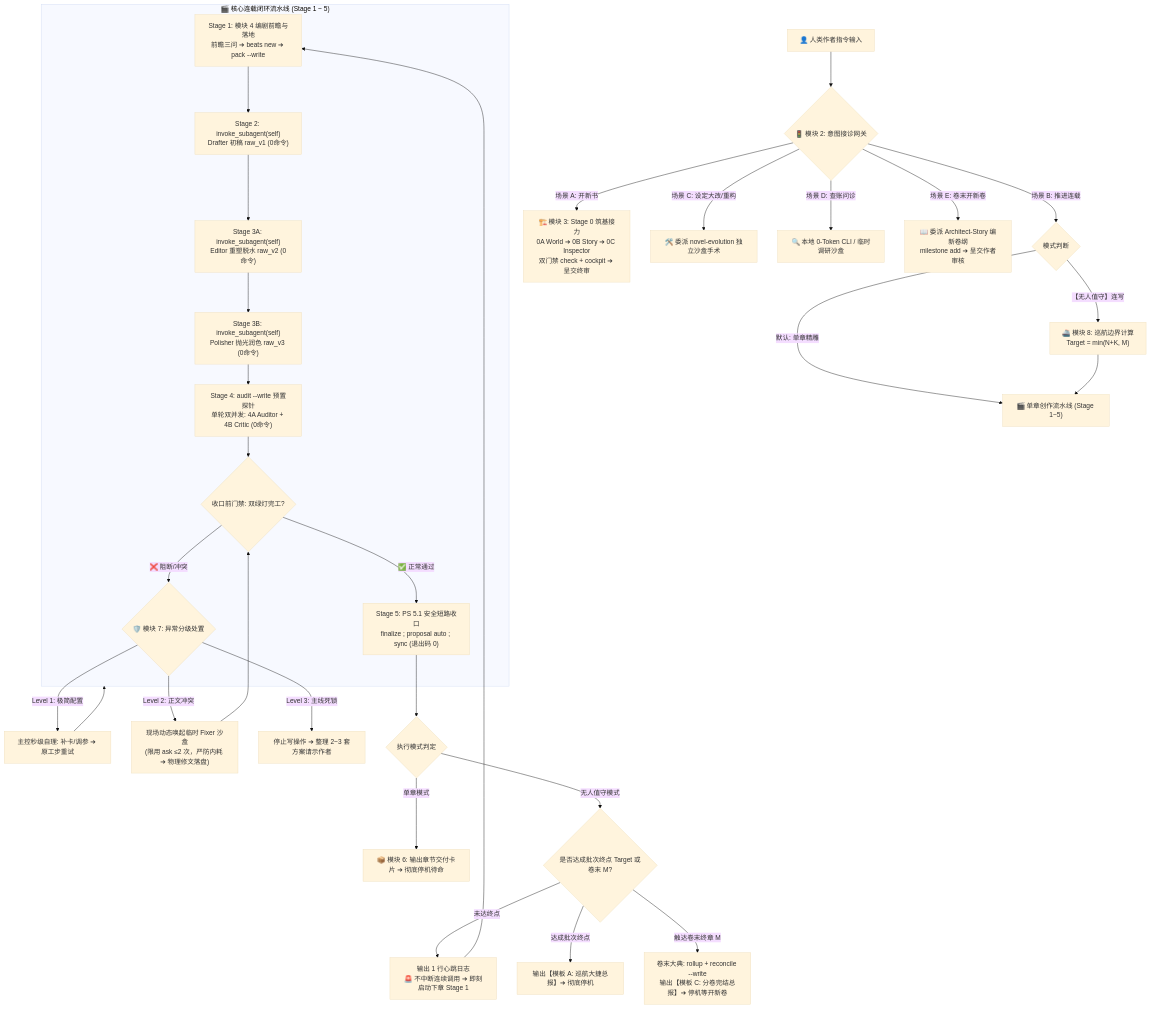
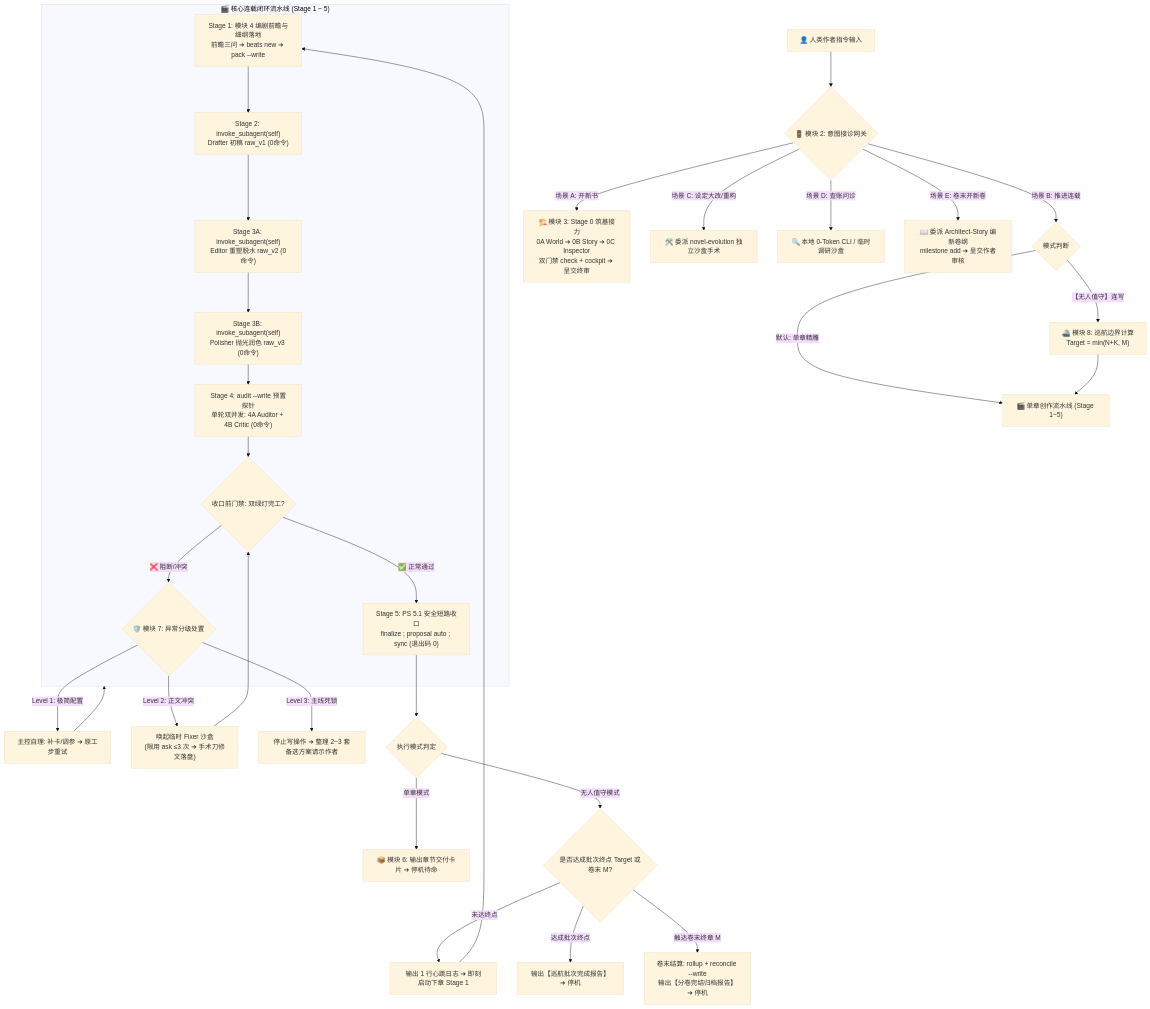
Before and after one commit to cg110902/NOVEL: the first of 2 diagrams in .agents/skills/director/SKILL.md, drawn with Mermaid (base theme). The commit also changed other lines of this file and 6 other files, not shown here.

````diff
--- a/.agents/skills/director/SKILL.md
+++ b/.agents/skills/director/SKILL.md
@@ -12,44 +10,44 @@
 ```mermaid
 flowchart TD
     User["👤 人类作者指令输入"] --> Gateway{"🚦 模块 2: 意图接诊网关"}
 
     %% 场景分支
     Gateway -->|场景 A: 开新书| S0["🏗️ 模块 3: Stage 0 筑基接力<br/>0A World ➔ 0B Story ➔ 0C Inspector<br/>双门禁 check + cockpit ➔ 呈交终审"]
     Gateway -->|场景 C: 设定大改/重构| SC["🛠️ 委派 novel-evolution 独立沙盒手术"]
     Gateway -->|场景 D: 查账问诊| SD["🔍 本地 0-Token CLI / 临时调研沙盒"]
     Gateway -->|场景 E: 卷末开新卷| SE["📖 委派 Architect-Story 编新卷纲<br/>milestone add ➔ 呈交作者审核"]
 
     %% 核心连载流水线 (场景 B)
     Gateway -->|场景 B: 推进连载| ModeJudge{"模式判断"}
     ModeJudge -->|默认: 单章精雕| Pipe["🎬 单章创作流水线 (Stage 1~5)"]
     ModeJudge -->|【无人值守】连写| Cruise["🚢 模块 8: 巡航边界计算<br/>Target = min(N+K, M)"]
     Cruise --> Pipe
 
     %% 单章流水线子图
     subgraph Pipeline ["🎬 核心连载闭环流水线 (Stage 1 ~ 5)"]
-        S1["Stage 1: 模块 4 编剧前瞻与落地<br/>前瞻三问 ➔ beats new ➔ pack --write"]
+        S1["Stage 1: 模块 4 编剧前瞻与细纲落地<br/>前瞻三问 ➔ beats new ➔ pack --write"]
         S2["Stage 2: invoke_subagent(self)<br/>Drafter 初稿 raw_v1 (0命令)"]
         S3A["Stage 3A: invoke_subagent(self)<br/>Editor 重塑脱水 raw_v2 (0命令)"]
         S3B["Stage 3B: invoke_subagent(self)<br/>Polisher 抛光润色 raw_v3 (0命令)"]
         S4["Stage 4: audit --write 预置探针<br/>单轮双并发: 4A Auditor + 4B Critic (0命令)"]
         Gate4{"收口前门禁: 双绿灯完工?"}
         S5["Stage 5: PS 5.1 安全短路收口<br/>finalize ; proposal auto ; sync (退出码 0)"]
 
         S1 --> S2 --> S3A --> S3B --> S4 --> Gate4
         Gate4 -->|✅ 正常通过| S5
         Gate4 -->|❌ 阻断/冲突| ExTree{"🛡️ 模块 7: 异常分级处置"}
     end
 
     %% 异常自愈分支与临时 Fixer
-    ExTree -->|Level 1: 极简配置| SelfFix["主控秒级自理: 补卡/调参 ➔ 原工步重试"] --> Pipeline
-    ExTree -->|Level 2: 正文冲突| TempFixer["现场动态唤起临时 Fixer 沙盒<br/>(限用 ask ≤2 次，严防内耗 ➔ 物理修文落盘)"] --> Gate4
-    ExTree -->|Level 3: 主线死锁| HumanAsk["停止写操作 ➔ 整理 2~3 套方案请示作者"]
+    ExTree -->|Level 1: 极简配置| SelfFix["主控自理: 补卡/调参 ➔ 原工步重试"] --> Pipeline
+    ExTree -->|Level 2: 正文冲突| TempFixer["唤起临时 Fixer 沙盒<br/>(限用 ask ≤3 次 ➔ 手术刀修文落盘)"] --> Gate4
+    ExTree -->|Level 3: 主线死锁| HumanAsk["停止写操作 ➔ 整理 2~3 套备选方案请示作者"]
 
     %% 收口后流转
     S5 --> PostCheck{"执行模式判定"}
-    PostCheck -->|单章模式| Finish1["📦 模块 6: 输出章节交付卡片 ➔ 彻底停机待命"]
+    PostCheck -->|单章模式| Finish1["📦 模块 6: 输出章节交付卡片 ➔ 停机待命"]
     PostCheck -->|无人值守模式| CruiseCheck{"是否达成批次终点 Target 或卷末 M?"}
-    CruiseCheck -->|未达终点| LoopNext["输出 1 行心跳日志<br/>🚨 不中断连续调用 ➔ 即刻启动下章 Stage 1"] --> S1
-    CruiseCheck -->|达成批次终点| BatchDone["输出【模板 A: 巡航大捷总报】➔ 彻底停机"]
-    CruiseCheck -->|触达卷末终章 M| VolDone["卷末大典: rollup + reconcile --write<br/>输出【模板 C: 分卷完结总报】➔ 停机等开新卷"]
+    CruiseCheck -->|未达终点| LoopNext["输出 1 行心跳日志 ➔ 即刻启动下章 Stage 1"] --> S1
+    CruiseCheck -->|达成批次终点| BatchDone["输出【巡航批次完成报告】➔ 停机"]
+    CruiseCheck -->|触达卷末终章 M| VolDone["卷末结算: rollup + reconcile --write<br/>输出【分卷完结归档报告】➔ 停机"]
 ```
````
